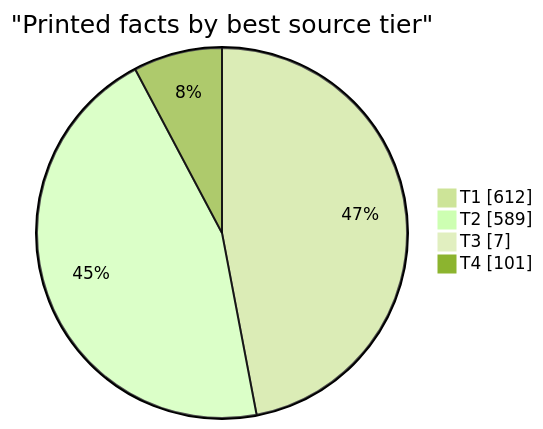
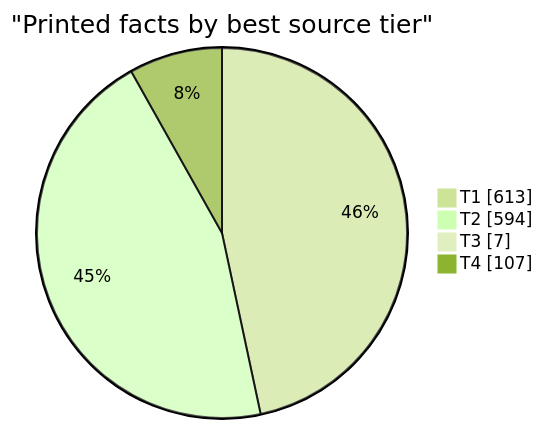
The second of 5 diagrams in docs/evidence.md (EU27-data-sovereignty/eu27-data-sovereignty), drawn with Mermaid (forest theme) before and after one commit. The commit also changed other lines of this file and 100 other files, not shown here.

````diff
--- a/docs/evidence.md
+++ b/docs/evidence.md
@@ -36,8 +36,8 @@
 ```mermaid
 pie showData
   title "Printed facts by best source tier"
-  "T1" : 612
-  "T2" : 589
+  "T1" : 613
+  "T2" : 594
   "T3" : 7
-  "T4" : 101
+  "T4" : 107
 ```
````
